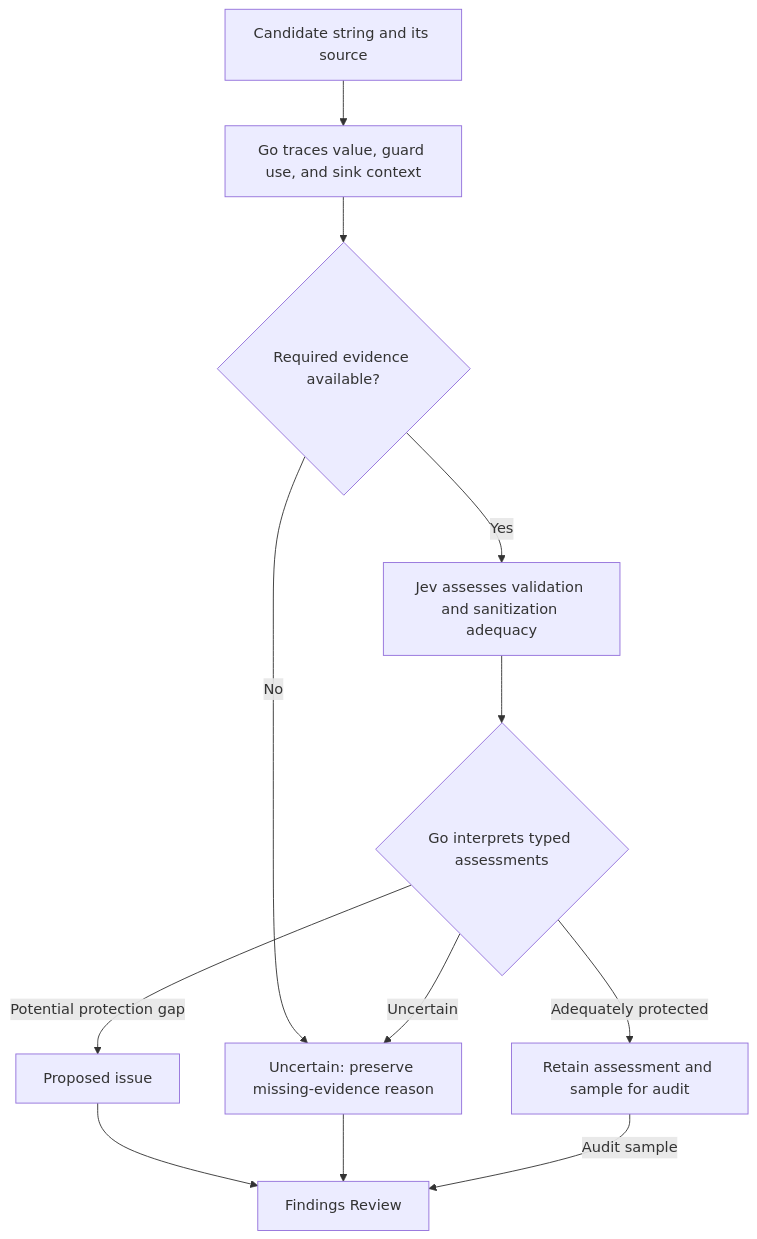
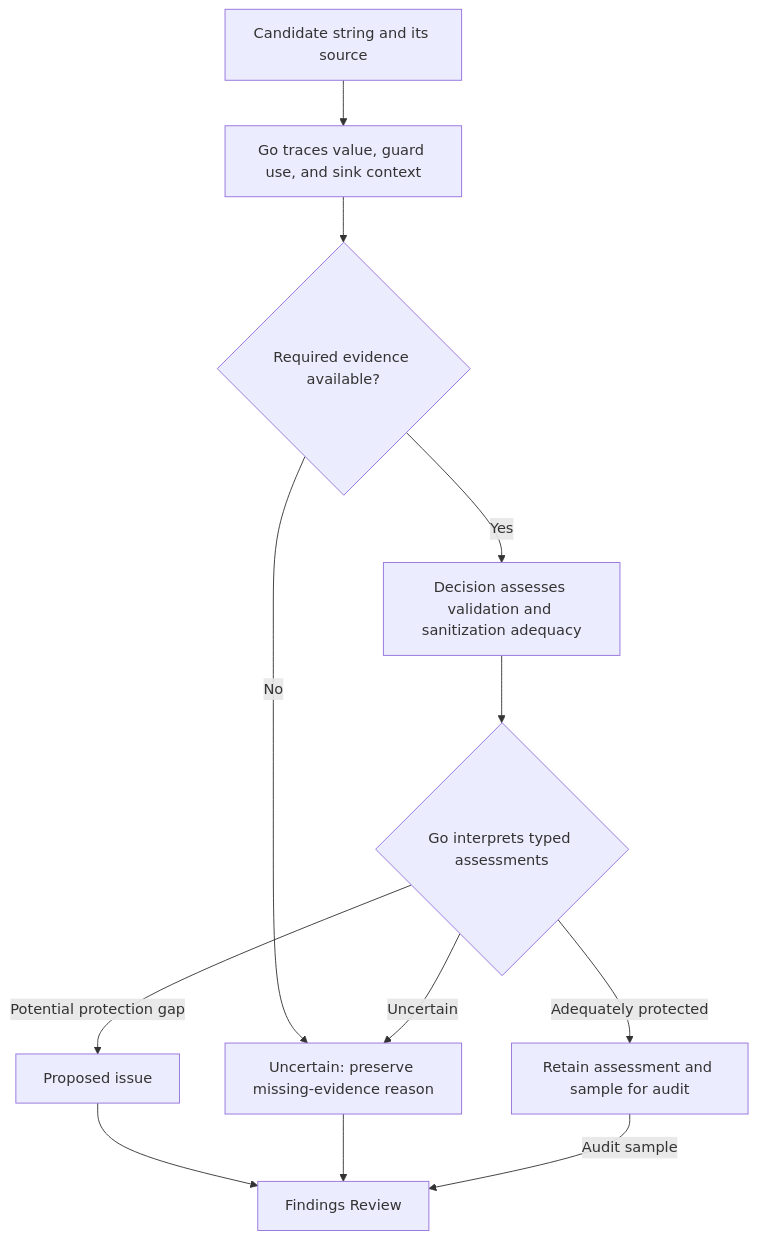
The second of 3 diagrams in .zazz/architecture.md (zazzcode/scan), drawn with Mermaid before and after one commit. The commit also changed other lines of this file and 76 other files, not shown here.

Commit message:
[PARSE+GRAPH+REPORT+DOC] Add route string assessment and SARIF evidence

````diff
--- a/.zazz/architecture.md
+++ b/.zazz/architecture.md
@@ -235,14 +279,14 @@
 ```mermaid
 flowchart TD
     Value["Candidate string and its source"] --> Context["Go traces value, guard use, and sink context"]
     Context --> Ready{"Required evidence available?"}
-    Ready -->|Yes| JevCheck["Jev assesses validation and sanitization adequacy"]
+    Ready -->|Yes| DecisionCheck["Decision assesses validation and sanitization adequacy"]
     Ready -->|No| Unknown["Uncertain: preserve missing-evidence reason"]
-    JevCheck --> Classify{"Go interprets typed assessments"}
+    DecisionCheck --> Classify{"Go interprets typed assessments"}
     Classify -->|Potential protection gap| Issue["Proposed issue"]
     Classify -->|Uncertain| Unknown
     Classify -->|Adequately protected| Audit["Retain assessment and sample for audit"]
     Issue --> Reviewer["Findings Review"]
     Unknown --> Reviewer
     Audit -->|Audit sample| Reviewer
 ```
````
